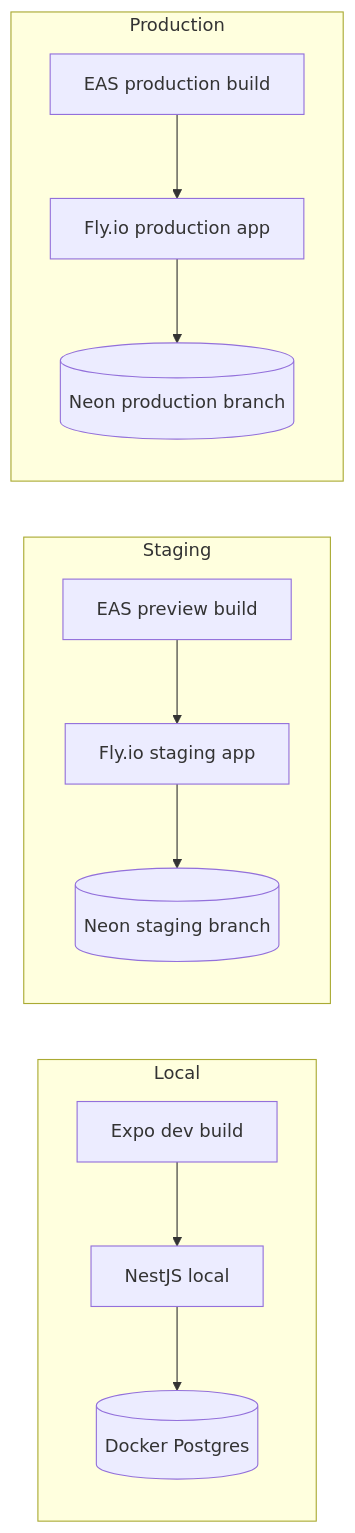
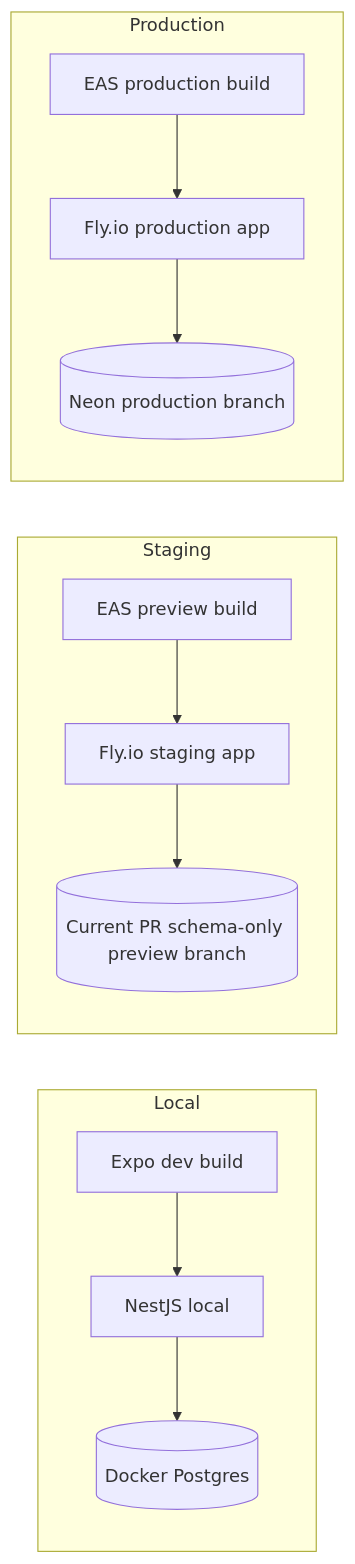
The third of 3 diagrams in docs/production/architecture.md (TrgHieu05/meal-planner-monorepo), drawn with Mermaid before and after one commit. The commit also changed other lines of this file and 6 other files, not shown here.

First line of the commit message:
docs(production): revise PR preview workflow and Neon database docs

````diff
--- a/docs/production/architecture.md
+++ b/docs/production/architecture.md
@@ -147,23 +154,23 @@
 ```mermaid
 flowchart LR
   subgraph Local
     LocalApp[Expo dev build]
     LocalApi[NestJS local]
     LocalDb[(Docker Postgres)]
     LocalApp --> LocalApi --> LocalDb
   end
 
   subgraph Staging
     StagingApp[EAS preview build]
     StagingApi[Fly.io staging app]
-    StagingDb[(Neon staging branch)]
+    StagingDb[(Current PR schema-only preview branch)]
     StagingApp --> StagingApi --> StagingDb
   end
 
   subgraph Production
     ProdApp[EAS production build]
     ProdApi[Fly.io production app]
     ProdDb[(Neon production branch)]
     ProdApp --> ProdApi --> ProdDb
   end
 ```
````
